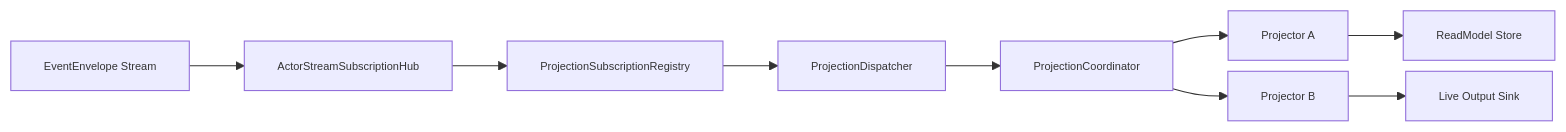
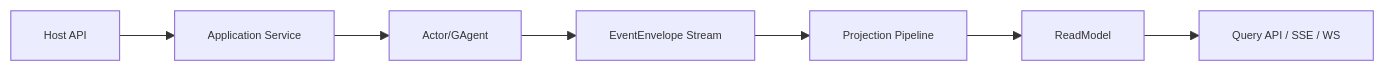
Before and after one commit to aevatarAI/aevatar: the diagram in docs/CQRS_ARCHITECTURE.md, drawn with Mermaid. The commit also changed other lines of this file and 49 other files, not shown here.

````diff
--- a/docs/CQRS_ARCHITECTURE.md
+++ b/docs/CQRS_ARCHITECTURE.md
@@ -85,12 +30,10 @@
 ```mermaid
 %%{init: {"maxTextSize": 100000, "flowchart": {"useMaxWidth": false, "nodeSpacing": 10, "rankSpacing": 50}, "themeVariables": {"fontSize": "10px"}}}%%
 flowchart LR
-  EVT["EventEnvelope Stream"] --> HUB["ActorStreamSubscriptionHub"]
-  HUB --> REG["ProjectionSubscriptionRegistry"]
-  REG --> DIS["ProjectionDispatcher"]
-  DIS --> COOR["ProjectionCoordinator"]
-  COOR --> PJ1["Projector A"]
-  COOR --> PJ2["Projector B"]
-  PJ1 --> RM["ReadModel Store"]
-  PJ2 --> OUT["Live Output Sink"]
+    API["Host API"] --> APP["Application Service"]
+    APP --> ACT["Actor/GAgent"]
+    ACT --> EVT["EventEnvelope Stream"]
+    EVT --> PROJ["Projection Pipeline"]
+    PROJ --> RM["ReadModel"]
+    RM --> Q["Query API / SSE / WS"]
 ```
````
